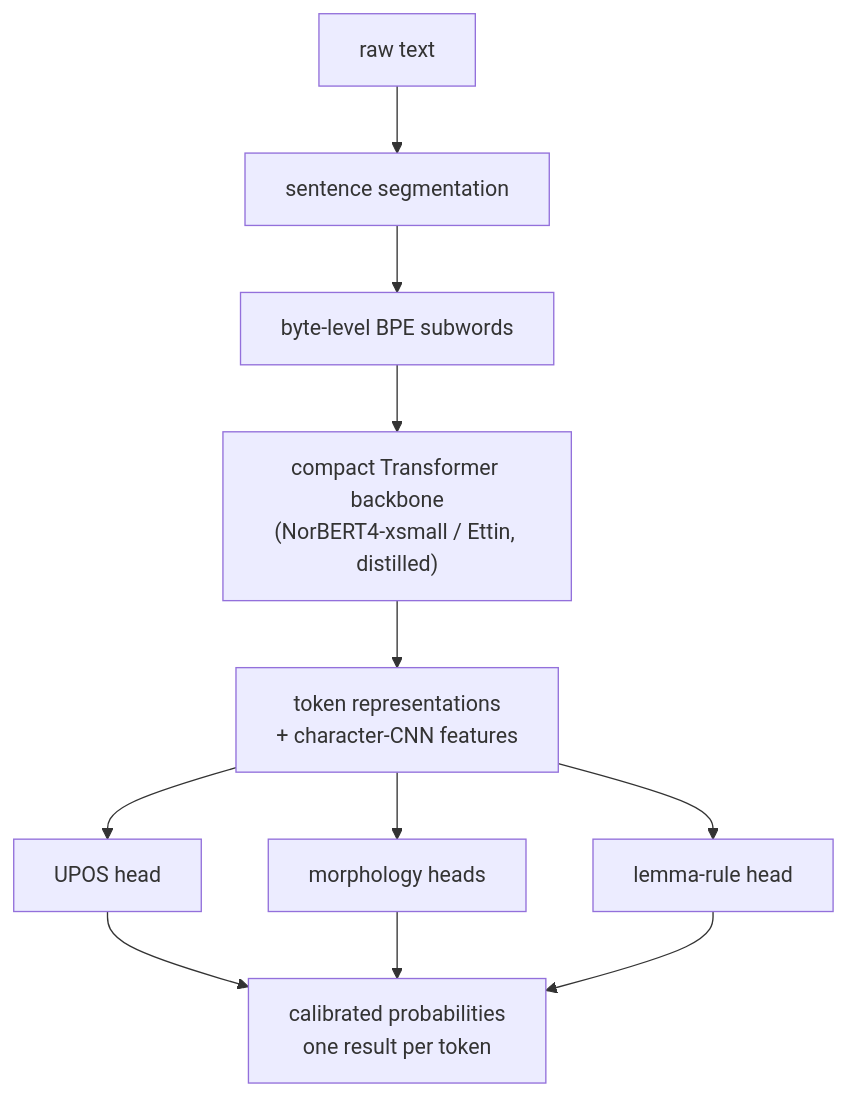
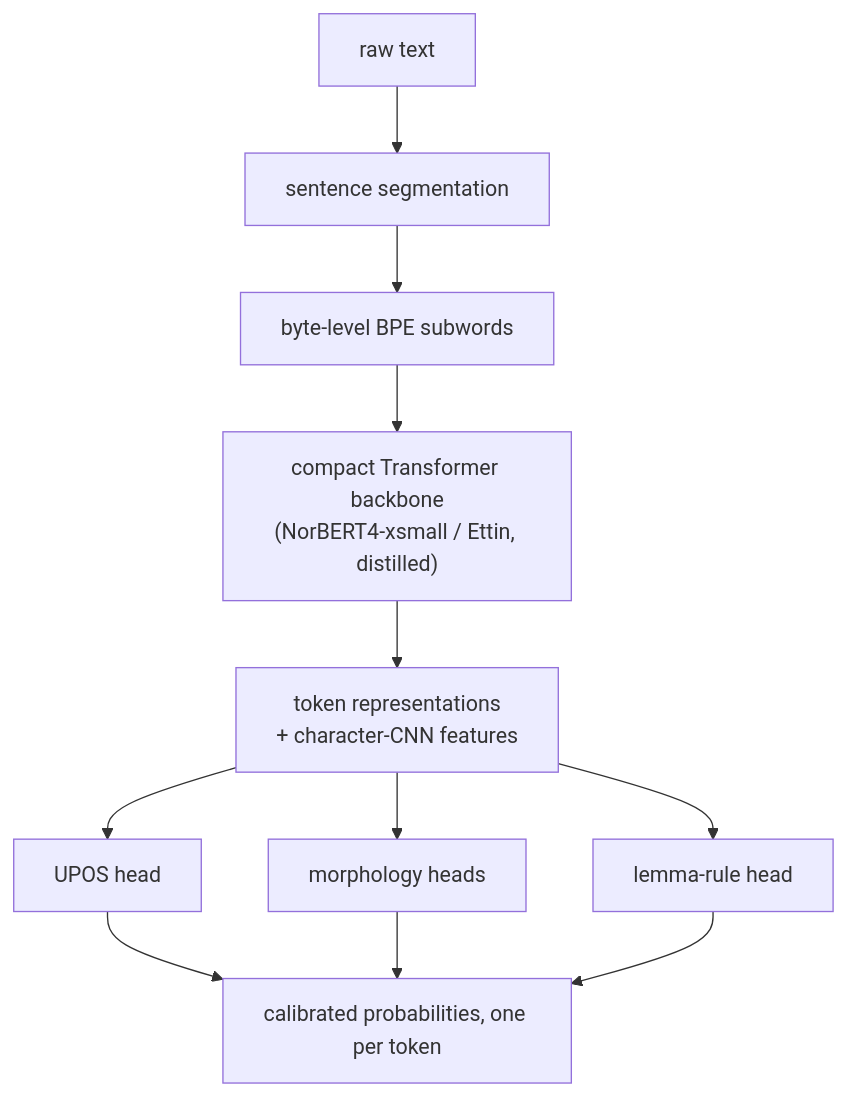
One commit to dmlux/Prism changed the diagram in README.md. Above: the diagram before and after it, drawn with Mermaid. The commit also changed 6 other files, not shown here.

````diff
--- a/README.md
+++ b/README.md
@@ -50,13 +50,13 @@
 ```mermaid
 flowchart TB
     Text["raw text"] --> Seg["sentence segmentation"]
     Seg --> BPE["byte-level BPE subwords"]
     BPE --> Backbone["compact Transformer backbone<br/>(NorBERT4-xsmall / Ettin, distilled)"]
     Backbone --> Tokens["token representations<br/>+ character-CNN features"]
     Tokens --> Upos["UPOS head"]
     Tokens --> Morph["morphology heads"]
     Tokens --> Lemma["lemma-rule head"]
-    Upos --> Out["calibrated probabilities<br/>one result per token"]
+    Upos --> Out["calibrated probabilities, one per token"]
     Morph --> Out
     Lemma --> Out
 ```
````
